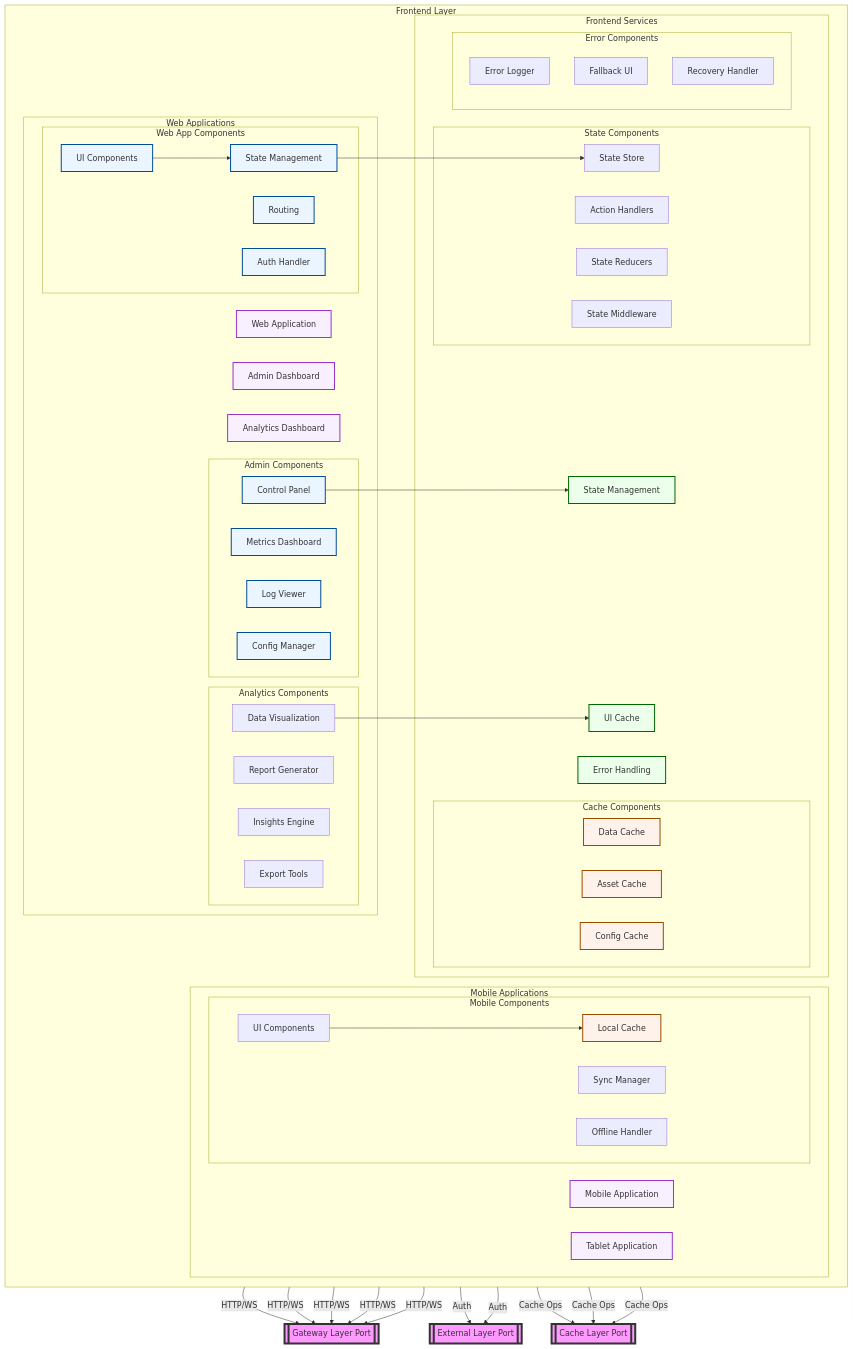
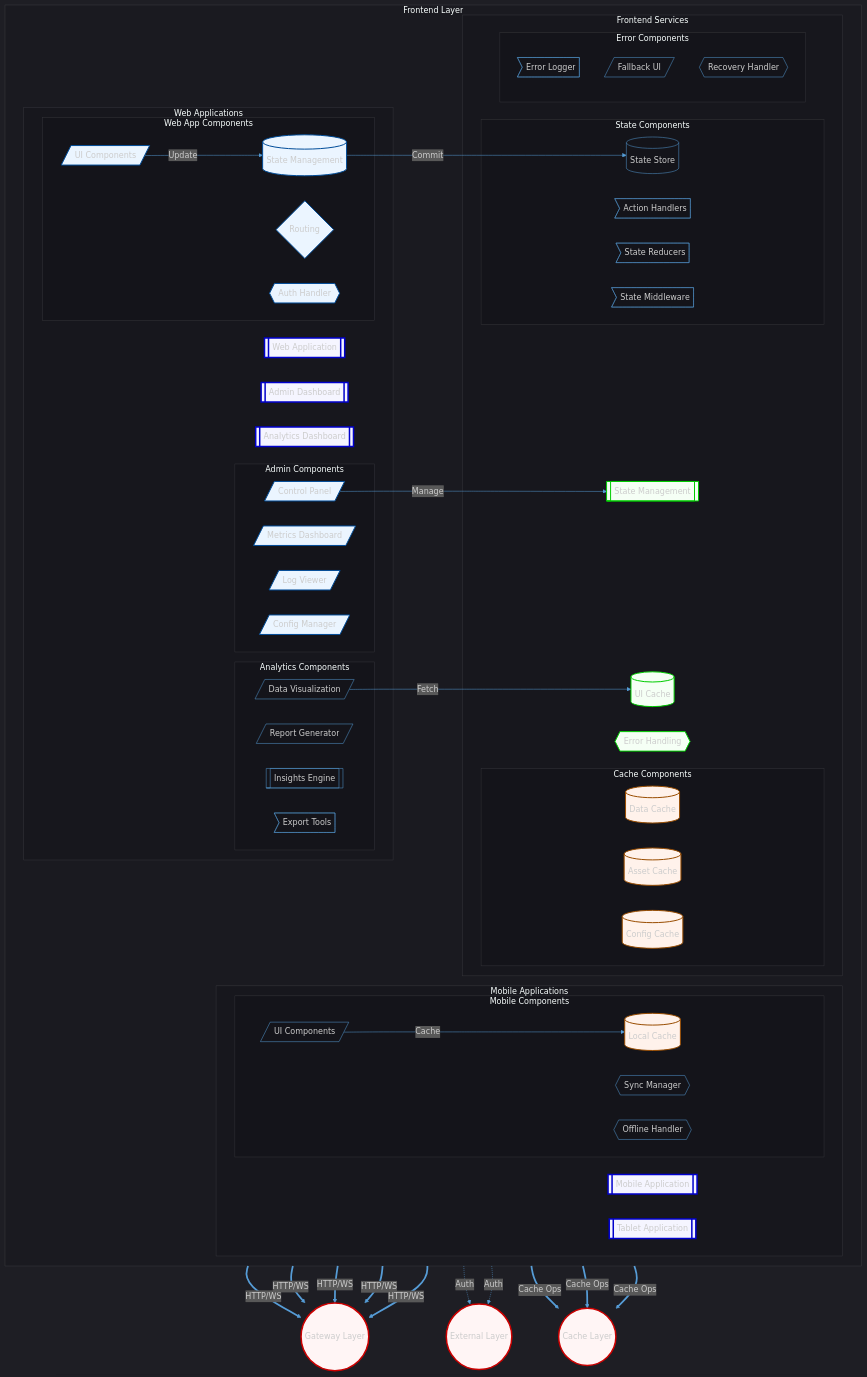
One commit to Distracted-E421/Project-Datapunk changed the diagram in datapunk/docs/MVP/graphs/mmd/detailed-views/frontend-layer.mmd. Above: the diagram before and after it, drawn with Mermaid. The commit also changed 11 other files, not shown here.

```diff
--- a/datapunk/docs/MVP/graphs/mmd/detailed-views/frontend-layer.mmd
+++ b/datapunk/docs/MVP/graphs/mmd/detailed-views/frontend-layer.mmd
@@ -1,116 +1,134 @@
 graph TD
-    %% External Ports
-    Gateway[[Gateway Layer Port]]
-    External[[External Layer Port]]
-    Cache[[Cache Layer Port]]
+    %% Initialize with theme matching core-services
+    %%{
+        init: {
+            'theme': 'dark',
+            'themeVariables': {
+                'darkMode': true,
+                'background': 'transparent',
+                'primaryColor': '#1c1c2420',
+                'secondaryColor': '#14141920',
+                'tertiaryColor': '#25252520',
+                'primaryTextColor': '#ffffff',
+                'secondaryTextColor': '#e0e0e0',
+                'tertiaryTextColor': '#cccccc',
+                'lineColor': '#569cd6',
+                'mainBkg': 'transparent',
+                'nodeBorder': '#569cd6',
+                'clusterBkg': 'rgba(10, 10, 15, 0.2)',
+                'clusterBorder': '#ffffff22',
+                'defaultLinkColor': '#569cd6',
+                'fontFamily': 'PixelOperator, monospace',
+                'fontSize': '16px'
+            }
+        }
+    }%%
+
+    %% External Ports with enhanced shapes
+    Gateway((Gateway Layer))
+    External((External Layer))
+    Cache((Cache Layer))
 
     subgraph "Frontend Layer"
         direction LR
         subgraph "Web Applications"
-            WebApp[Web Application]
-            AdminUI[Admin Dashboard]
-            AnalyticsUI[Analytics Dashboard]
+            WebApp[[Web Application]]
+            AdminUI[[Admin Dashboard]]
+            AnalyticsUI[[Analytics Dashboard]]
 
-            %% Web App Internal Components
             subgraph "Web App Components"
-                WebRouting[Routing]
-                WebState[State Management]
-                WebUI[UI Components]
-                WebAuth[Auth Handler]
+                WebRouting{Routing}
+                WebState[(State Management)]
+                WebUI[/UI Components/]
+                WebAuth{{Auth Handler}}
             end
 
-            %% Admin Components
             subgraph "Admin Components"
-                AdminMetrics[Metrics Dashboard]
-                AdminControl[Control Panel]
-                AdminLogs[Log Viewer]
-                AdminConfig[Config Manager]
+                AdminMetrics[/Metrics Dashboard/]
+                AdminControl[/Control Panel/]
+                AdminLogs[/Log Viewer/]
+                AdminConfig[/Config Manager/]
             end
 
-            %% Analytics Components
             subgraph "Analytics Components"
-                DataViz[Data Visualization]
-                Reports[Report Generator]
-                Insights[Insights Engine]
-                ExportTool[Export Tools]
+                DataViz[/Data Visualization/]
+                Reports[/Report Generator/]
+                Insights[[Insights Engine]]
+                ExportTool>Export Tools]
             end
         end
         
         subgraph "Mobile Applications"
-            MobileApp[Mobile Application]
-            TabletApp[Tablet Application]
+            MobileApp[[Mobile Application]]
+            TabletApp[[Tablet Application]]
 
-            %% Mobile Components
             subgraph "Mobile Components"
-                MobileSync[Sync Manager]
-                MobileCache[Local Cache]
-                MobileUI[UI Components]
-                OfflineMode[Offline Handler]
+                MobileSync{{Sync Manager}}
+                MobileCache[(Local Cache)]
+                MobileUI[/UI Components/]
+                OfflineMode{{Offline Handler}}
             end
         end
 
         subgraph "Frontend Services"
-            StateManager[State Management]
-            UICache[UI Cache]
-            ErrorBoundary[Error Handling]
+            StateManager[[State Management]]
+            UICache[(UI Cache)]
+            ErrorBoundary{{Error Handling}}
 
-            %% State Management Details
             subgraph "State Components"
-                Store[State Store]
-                Actions[Action Handlers]
-                Reducers[State Reducers]
-                Middleware[State Middleware]
+                Store[(State Store)]
+                Actions>Action Handlers]
+                Reducers>State Reducers]
+                Middleware>State Middleware]
             end
 
-            %% Cache Components
             subgraph "Cache Components"
-                DataCache[Data Cache]
-                AssetCache[Asset Cache]
-                ConfigCache[Config Cache]
+                DataCache[(Data Cache)]
+                AssetCache[(Asset Cache)]
+                ConfigCache[(Config Cache)]
             end
 
-            %% Error Handling
             subgraph "Error Components"
-                ErrorLogger[Error Logger]
-                Fallback[Fallback UI]
-                Recovery[Recovery Handler]
+                ErrorLogger>Error Logger]
+                Fallback[/Fallback UI/]
+                Recovery{{Recovery Handler}}
             end
         end
     end
 
-    %% External Connections
-    WebApp -->|"HTTP/WS"| Gateway
-    AdminUI -->|"HTTP/WS"| Gateway
-    AnalyticsUI -->|"HTTP/WS"| Gateway
-    MobileApp -->|"HTTP/WS"| Gateway
-    TabletApp -->|"HTTP/WS"| Gateway
+    %% Enhanced External Connections
+    WebApp ==>|"HTTP/WS"| Gateway
+    AdminUI ==>|"HTTP/WS"| Gateway
+    AnalyticsUI ==>|"HTTP/WS"| Gateway
+    MobileApp ==>|"HTTP/WS"| Gateway
+    TabletApp ==>|"HTTP/WS"| Gateway
 
-    %% External Auth Flow
-    WebAuth -->|"Auth"| External
-    MobileSync -->|"Auth"| External
+    %% Enhanced Auth Flow
+    WebAuth -.->|"Auth"| External
+    MobileSync -.->|"Auth"| External
 
-    %% Cache Operations
-    DataCache -->|"Cache Ops"| Cache
-    AssetCache -->|"Cache Ops"| Cache
-    ConfigCache -->|"Cache Ops"| Cache
+    %% Enhanced Cache Operations
+    DataCache ==>|"Cache Ops"| Cache
+    AssetCache ==>|"Cache Ops"| Cache
+    ConfigCache ==>|"Cache Ops"| Cache
 
-    %% Internal Connections
-    WebUI --> WebState
-    WebState --> Store
-    MobileUI --> MobileCache
-    AdminControl --> StateManager
-    DataViz --> UICache
+    %% Enhanced Internal Connections
+    WebUI -->|"Update"| WebState
+    WebState -->|"Commit"| Store
+    MobileUI -->|"Cache"| MobileCache
+    AdminControl -->|"Manage"| StateManager
+    DataViz -->|"Fetch"| UICache
 
     %% Style Definitions
-    classDef port fill:#f9f,stroke:#333,stroke-width:4px;
-    classDef app fill:#f9f0ff,stroke:#9933cc,stroke-width:2px;
-    classDef service fill:#ebffeb,stroke:#006600,stroke-width:2px;
-    classDef component fill:#ebf5ff,stroke:#004d99,stroke-width:2px;
-    classDef cache fill:#fff2eb,stroke:#994d00,stroke-width:2px;
+    classDef port fill:#fff5f5,stroke:#cc0000,stroke-width:3px
+    classDef app fill:#f5f5ff,stroke:#0000cc,stroke-width:3px
+    classDef service fill:#f5fff5,stroke:#00cc00,stroke-width:2px
+    classDef component fill:#ebf5ff,stroke:#004d99,stroke-width:2px
+    classDef cache fill:#fff2eb,stroke:#994d00,stroke-width:2px
 
     %% Apply styles
-    class Gateway,External,Cache port;
-    class WebApp,AdminUI,AnalyticsUI,MobileApp,TabletApp app;
-    class StateManager,UICache,ErrorBoundary service;
-    class WebRouting,WebState,WebUI,WebAuth,AdminMetrics,AdminControl,AdminLogs,AdminConfig component;
-    class DataCache,AssetCache,ConfigCache,MobileCache cache; 
+    class Gateway,External,Cache port
+    class WebApp,AdminUI,AnalyticsUI,MobileApp,TabletApp app
+    class StateManager,UICache,ErrorBoundary service
+    class WebRouting,WebState,WebUI,WebAuth,AdminMetrics,AdminControl,AdminLogs,AdminConfig component
+    class DataCache,AssetCache,ConfigCache,MobileCache cache
```
